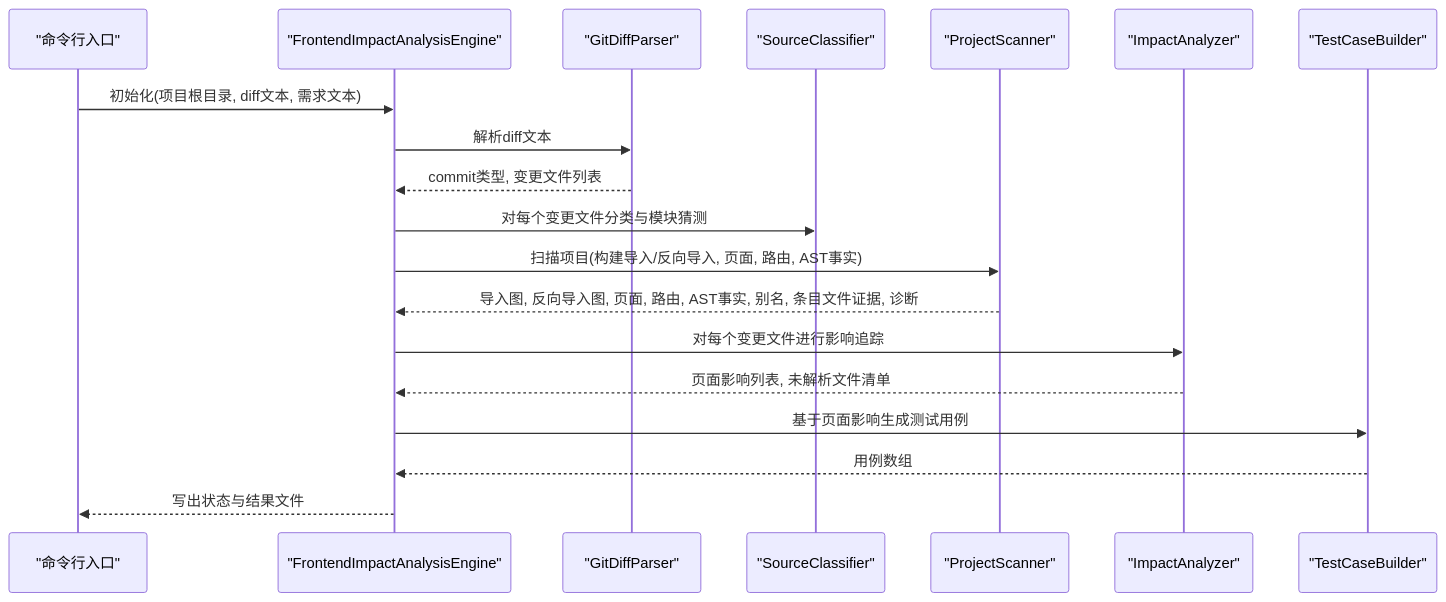
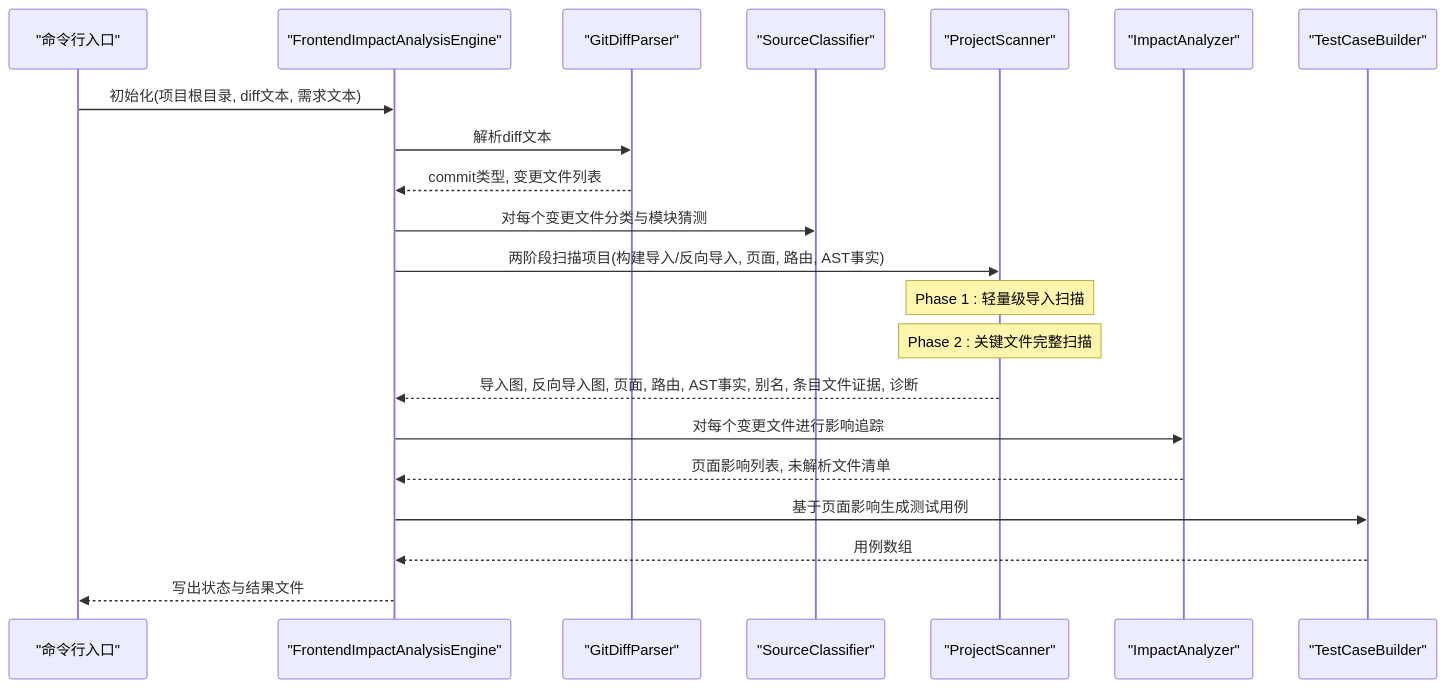
Before and after one commit to brand-new-remo/frontend-impact-analyzer: the third of 11 diagrams in .qoder/repowiki/zh/content/核心功能/核心功能.md, drawn with Mermaid. The commit also changed other lines of this file and 8 other files, not shown here.

````diff
--- a/.qoder/repowiki/zh/content/核心功能/核心功能.md
+++ b/.qoder/repowiki/zh/content/核心功能/核心功能.md
@@ -84,21 +142,23 @@
 ```mermaid
 sequenceDiagram
 participant CLI as "命令行入口"
 participant Engine as "FrontendImpactAnalysisEngine"
 participant Diff as "GitDiffParser"
 participant Classifier as "SourceClassifier"
 participant Scanner as "ProjectScanner"
 participant Analyzer as "ImpactAnalyzer"
 participant Builder as "TestCaseBuilder"
 CLI->>Engine : 初始化(项目根目录, diff文本, 需求文本)
 Engine->>Diff : 解析diff文本
 Diff-->>Engine : commit类型, 变更文件列表
 Engine->>Classifier : 对每个变更文件分类与模块猜测
-Engine->>Scanner : 扫描项目(构建导入/反向导入, 页面, 路由, AST事实)
+Engine->>Scanner : 两阶段扫描项目(构建导入/反向导入, 页面, 路由, AST事实)
+Note over Scanner : Phase 1 : 轻量级导入扫描
+Note over Scanner : Phase 2 : 关键文件完整扫描
 Scanner-->>Engine : 导入图, 反向导入图, 页面, 路由, AST事实, 别名, 条目文件证据, 诊断
 Engine->>Analyzer : 对每个变更文件进行影响追踪
 Analyzer-->>Engine : 页面影响列表, 未解析文件清单
 Engine->>Builder : 基于页面影响生成测试用例
 Builder-->>Engine : 用例数组
 Engine-->>CLI : 写出状态与结果文件
 ```
````
